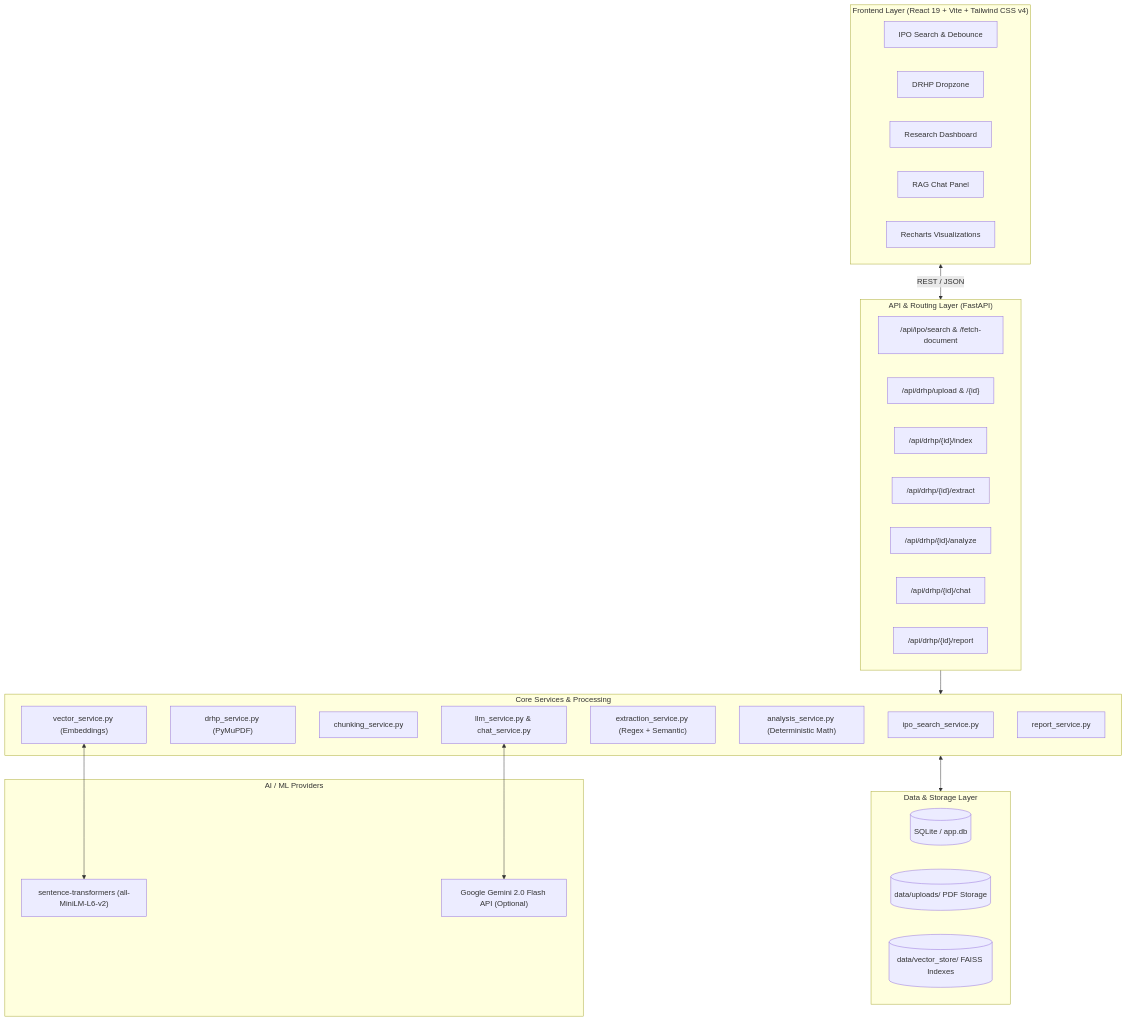
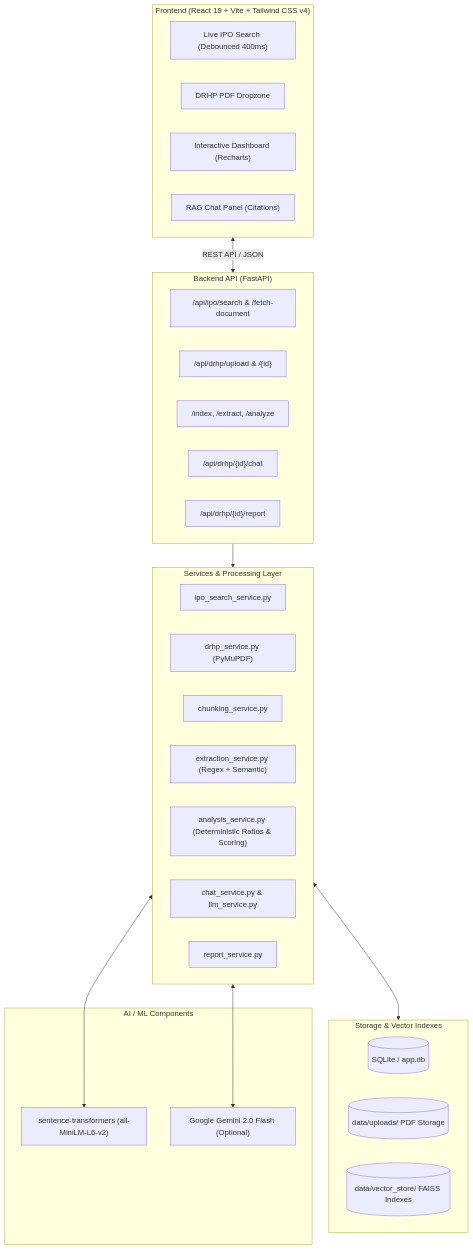
One commit to ayush6code9/ipo-due-diligence changed the diagram in README.md. Above: the diagram before and after it, drawn with Mermaid. The commit also changed other lines of this file, not shown here.

````diff
--- a/README.md
+++ b/README.md
@@ -115,48 +36,44 @@
 ```mermaid
 graph TD
-    subgraph Frontend ["Frontend Layer (React 19 + Vite + Tailwind CSS v4)"]
-        UI_Search["IPO Search & Debounce"]
-        UI_Upload["DRHP Dropzone"]
-        UI_Dash["Research Dashboard"]
-        UI_Chat["RAG Chat Panel"]
-        UI_Charts["Recharts Visualizations"]
+    subgraph Client ["Frontend (React 19 + Vite + Tailwind CSS v4)"]
+        UI_Search["Live IPO Search (Debounced 400ms)"]
+        UI_Upload["DRHP PDF Dropzone"]
+        UI_Dash["Interactive Dashboard (Recharts)"]
+        UI_Chat["RAG Chat Panel (Citations)"]
     end
 
-    subgraph API ["API & Routing Layer (FastAPI)"]
+    subgraph API ["Backend API (FastAPI)"]
         R_Search["/api/ipo/search & /fetch-document"]
         R_DRHP["/api/drhp/upload & /{id}"]
-        R_Index["/api/drhp/{id}/index"]
-        R_Extract["/api/drhp/{id}/extract"]
-        R_Analyze["/api/drhp/{id}/analyze"]
+        R_Pipeline["/index, /extract, /analyze"]
         R_Chat["/api/drhp/{id}/chat"]
         R_Report["/api/drhp/{id}/report"]
     end
 
-    subgraph Services ["Core Services & Processing"]
-        S_Search["ipo_search_service.py"]
-        S_DRHP["drhp_service.py (PyMuPDF)"]
+    subgraph Core ["Services & Processing Layer"]
+        S_Scraper["ipo_search_service.py"]
+        S_PDF["drhp_service.py (PyMuPDF)"]
         S_Chunk["chunking_service.py"]
-        S_Vector["vector_service.py (Embeddings)"]
         S_Extract["extraction_service.py (Regex + Semantic)"]
-        S_Analyze["analysis_service.py (Deterministic Math)"]
-        S_LLM["llm_service.py & chat_service.py"]
+        S_Math["analysis_service.py (Deterministic Ratios & Scoring)"]
+        S_RAG["chat_service.py & llm_service.py"]
         S_Report["report_service.py"]
     end
 
-    subgraph Storage ["Data & Storage Layer"]
+    subgraph Storage ["Storage & Vector Indexes"]
         DB[(SQLite / app.db)]
-        Uploads[(data/uploads/ PDF Storage)]
-        VectorStore[(data/vector_store/ FAISS Indexes)]
+        DiskFiles[(data/uploads/ PDF Storage)]
+        FAISS_Store[(data/vector_store/ FAISS Indexes)]
     end
 
-    subgraph AI ["AI / ML Providers"]
-        ST["sentence-transformers (all-MiniLM-L6-v2)"]
-        Gemini["Google Gemini 2.0 Flash API (Optional)"]
+    subgraph AI ["AI / ML Components"]
+        ST_Model["sentence-transformers (all-MiniLM-L6-v2)"]
+        Gemini_API["Google Gemini 2.0 Flash (Optional)"]
     end
 
-    Frontend <-->|REST / JSON| API
-    API --> Services
-    Services <--> Storage
-    S_Vector <--> ST
-    S_LLM <--> Gemini
+    Client <-->|REST API / JSON| API
+    API --> Core
+    Core <--> Storage
+    Core <--> ST_Model
+    Core <--> Gemini_API
 ```
````
